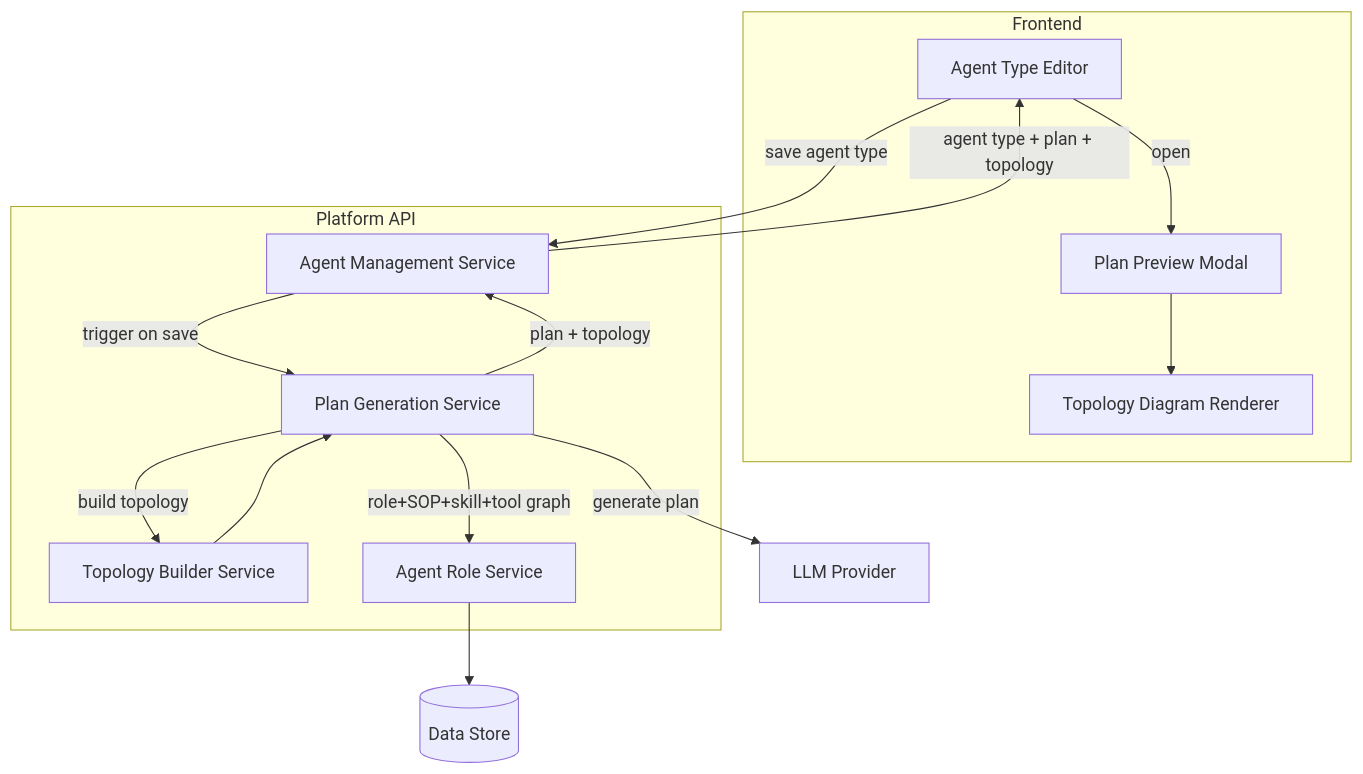
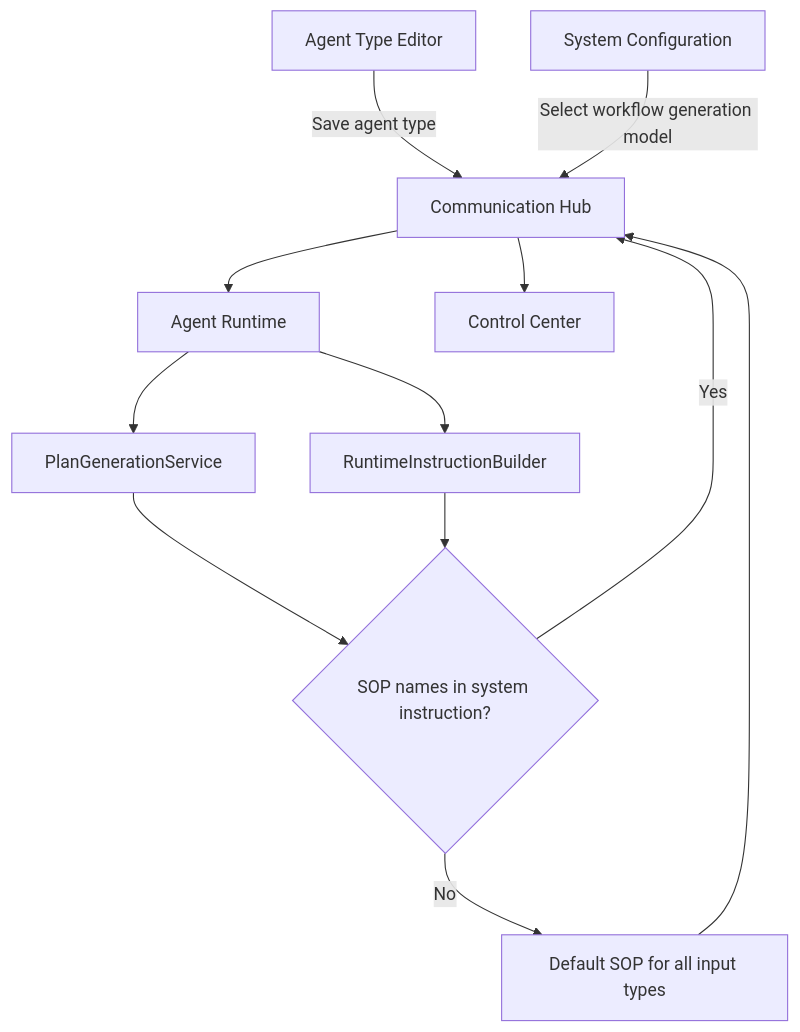
One commit to hurungang/parthenon changed the first of 2 diagrams in docs/master/architecture/modules/agent-types.md. Above: the diagram before and after it, drawn with Mermaid. The commit also changed other lines of this file and 39 other files, not shown here.

````diff
--- a/docs/master/architecture/modules/agent-types.md
+++ b/docs/master/architecture/modules/agent-types.md
@@ -9,30 +3,24 @@
 ```mermaid
 flowchart TB
-    subgraph Frontend
-        ATE[Agent Type Editor]
-        PPM[Plan Preview Modal]
-        TD[Topology Diagram Renderer]
-    end
+    ATE[Agent Type Editor]
+    CFG[System Configuration]
+    AR[Agent Runtime]
+    PGS[PlanGenerationService]
+    RIB[RuntimeInstructionBuilder]
+    SOP{SOP names in system instruction?}
+    DSOP[Default SOP for all input types]
+    CH[Communication Hub]
+    CC[Control Center]
 
-    subgraph PlatformAPI[Platform API]
-        AMS[Agent Management Service]
-        PGS[Plan Generation Service]
-        TBS[Topology Builder Service]
-        ARS[Agent Role Service]
-    end
-
-    DS[(Data Store)]
-    LLM[LLM Provider]
-
-    ATE -->|save agent type| AMS
-    AMS -->|trigger on save| PGS
-    PGS -->|role+SOP+skill+tool graph| ARS
-    ARS --> DS
-    PGS -->|generate plan| LLM
-    PGS -->|build topology| TBS
-    TBS --> PGS
-    PGS -->|plan + topology| AMS
-    AMS -->|agent type + plan + topology| ATE
-    ATE -->|open| PPM
-    PPM --> TD
+    ATE -->|Save agent type| CH
+    CFG -->|Select workflow generation model| CH
+    CH --> AR
+    AR --> PGS
+    AR --> RIB
+    PGS --> SOP
+    RIB --> SOP
+    SOP -->|No| DSOP
+    SOP -->|Yes| CH
+    DSOP --> CH
+    CH --> CC
 ```
````
